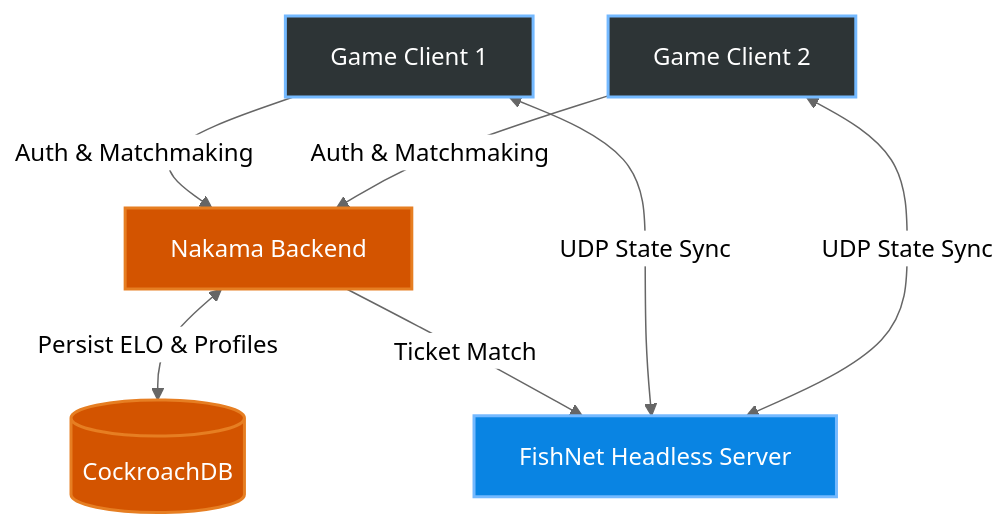
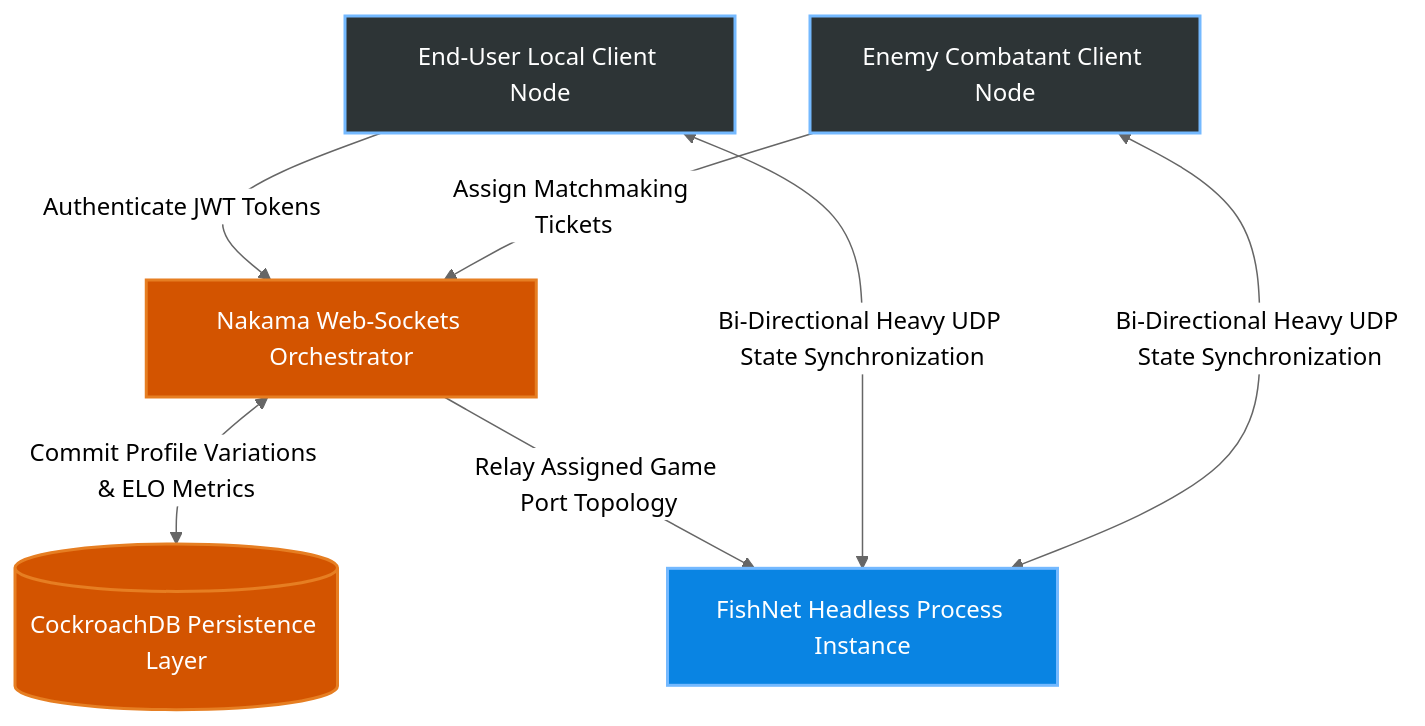
The fourth of 5 diagrams in README.md (helis-d/ProjectZ), drawn with Mermaid (neutral theme) before and after one commit. The commit also changed other lines of this file, not shown here.

Commit message:
Expand README with exhaustive GDD metrics, timings, hitboxes, and audio arrays

````diff
--- a/README.md
+++ b/README.md
@@ -206,19 +218,19 @@
 ```mermaid
 graph TD
     classDef client fill:#2d3436,stroke:#74b9ff,stroke-width:2px,color:#fff;
     classDef backend fill:#d35400,stroke:#e67e22,stroke-width:2px,color:#fff;
     classDef server fill:#0984e3,stroke:#74b9ff,stroke-width:2px,color:#fff;
     
-    C1[Game Client 1]:::client
-    C2[Game Client 2]:::client
-    N[Nakama Backend]:::backend
-    DB[(CockroachDB)]:::backend
-    FS[FishNet Headless Server]:::server
+    C1[End-User Local Client Node]:::client
+    C2[Enemy Combatant Client Node]:::client
+    N[Nakama Web-Sockets Orchestrator]:::backend
+    DB[(CockroachDB Persistence Layer)]:::backend
+    FS[FishNet Headless Process Instance]:::server
     
-    C1 -->|Auth & Matchmaking| N
-    C2 -->|Auth & Matchmaking| N
-    N <-->|Persist ELO & Profiles| DB
-    N -->|Ticket Match| FS
-    C1 <-->|UDP State Sync| FS
-    C2 <-->|UDP State Sync| FS
+    C1 -->|Authenticate JWT Tokens| N
+    C2 -->|Assign Matchmaking Tickets| N
+    N <-->|Commit Profile Variations & ELO Metrics| DB
+    N -->|Relay Assigned Game Port Topology| FS
+    C1 <-->|Bi-Directional Heavy UDP State Synchronization| FS
+    C2 <-->|Bi-Directional Heavy UDP State Synchronization| FS
 ```
````
